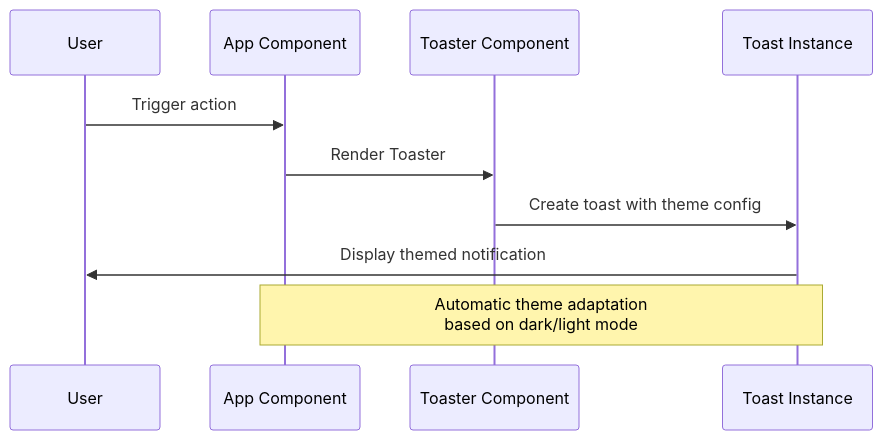
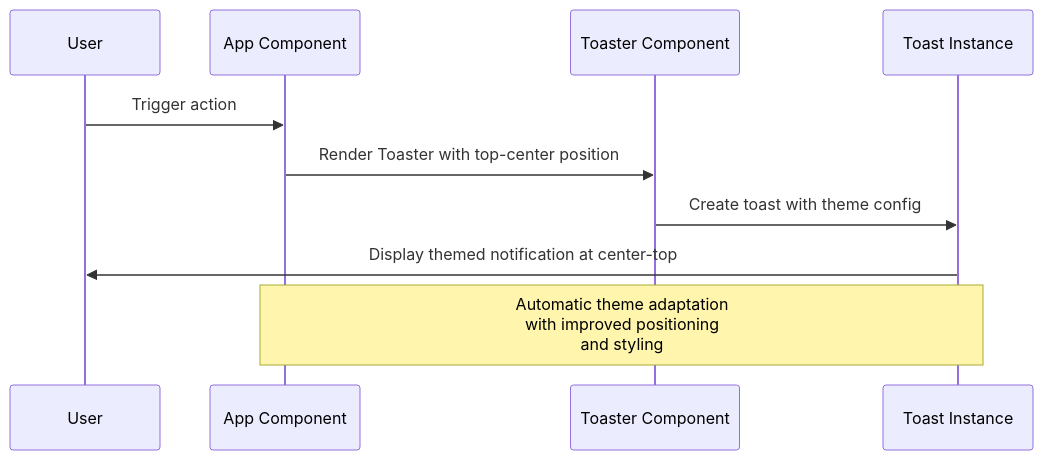
One commit to Aryan9060/Timetable-Project changed the third of 7 diagrams in .qoder/repowiki/en/content/Frontend Architecture/Toast Notification System.md. Above: the diagram before and after it, drawn with Mermaid. The commit also changed other lines of this file and 48 other files, not shown here.

````diff
--- a/.qoder/repowiki/en/content/Frontend Architecture/Toast Notification System.md
+++ b/.qoder/repowiki/en/content/Frontend Architecture/Toast Notification System.md
@@ -122,12 +129,12 @@
 ```mermaid
 sequenceDiagram
 participant User as User
 participant App as App Component
 participant Toaster as Toaster Component
 participant Toast as Toast Instance
 User->>App : Trigger action
-App->>Toaster : Render Toaster
+App->>Toaster : Render Toaster with top-center position
 Toaster->>Toast : Create toast with theme config
-Toast->>User : Display themed notification
-Note over App,Toast : Automatic theme adaptation<br/>based on dark/light mode
+Toast->>User : Display themed notification at center-top
+Note over App,Toast : Automatic theme adaptation<br/>with improved positioning<br/>and styling
 ```
````
